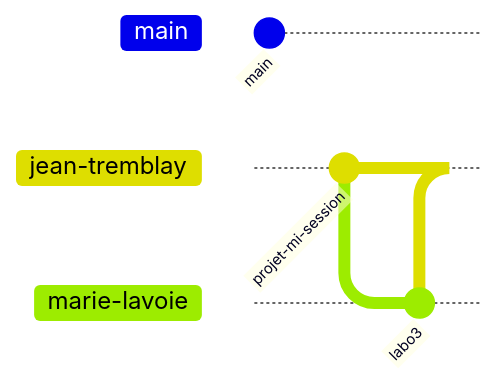
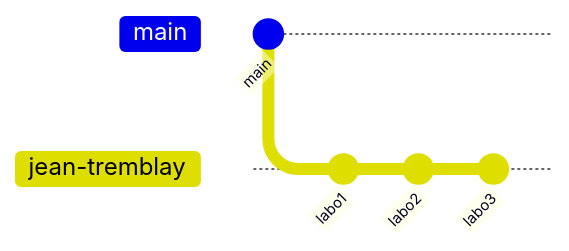
Before and after one commit to fpoisson2/243-4J5-LI: the first of 2 diagrams in labo3/Labo3-workflow-KiCad.md, drawn with Mermaid. The commit also changed other lines of this file, not shown here.

````diff
--- a/labo3/Labo3-workflow-KiCad.md
+++ b/labo3/Labo3-workflow-KiCad.md
@@ -68,9 +72,8 @@
 ```mermaid
 gitGraph
     commit id: "main"
     branch jean-tremblay
-    commit id: "labo3"
-    commit id: "projet-mi-session"
-    branch marie-lavoie
+    commit id: "labo1"
+    commit id: "labo2"
     commit id: "labo3"
 ```
````
